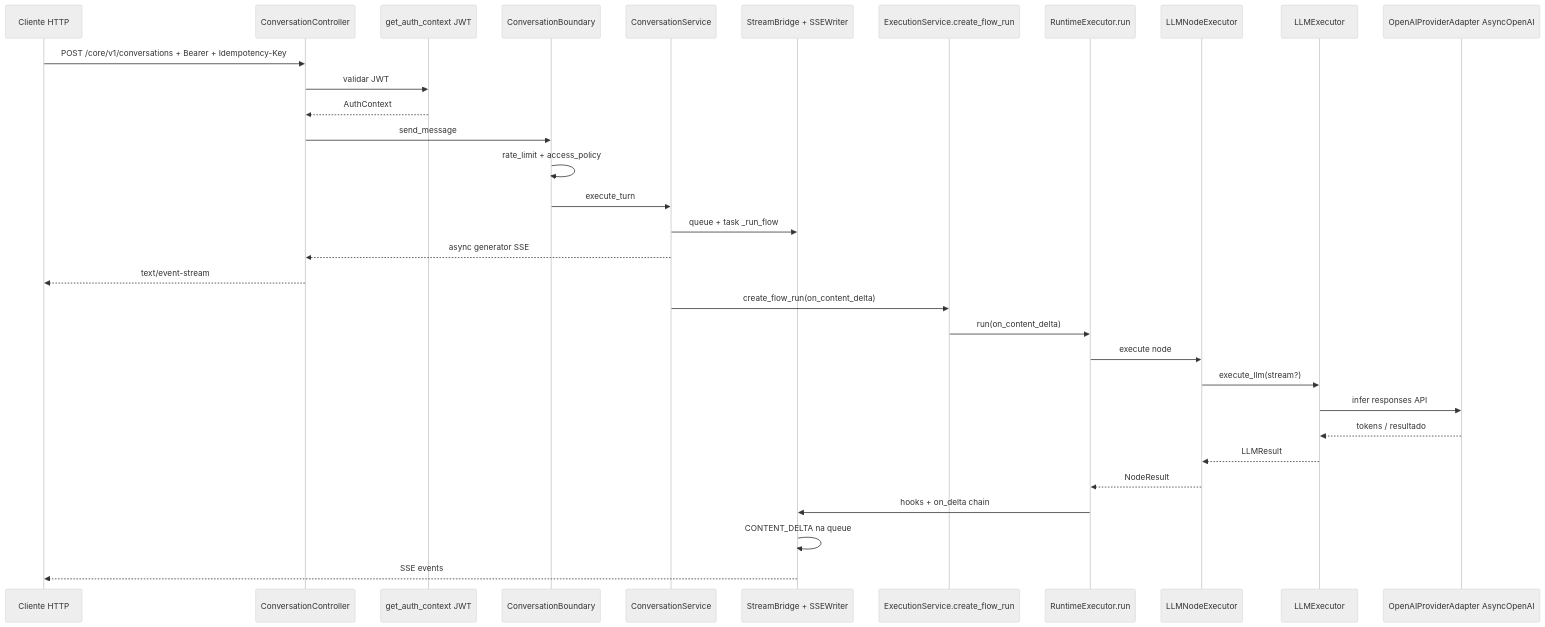
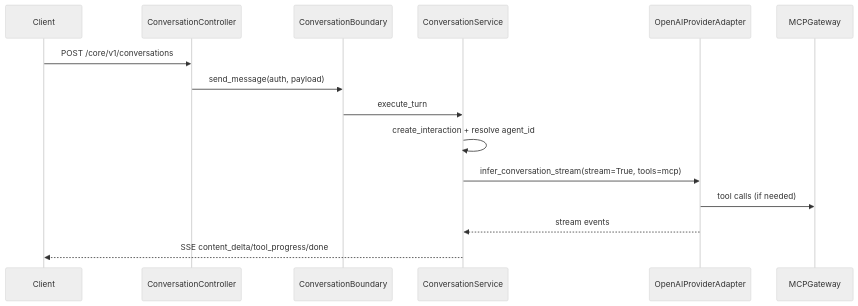
Before and after one commit to marcosvs98/agent-orchestration-core: the diagram in docs/evolution/as-is.md, drawn with Mermaid (neutral theme). The commit also changed other lines of this file and 35 other files, not shown here.

````diff
--- a/docs/evolution/as-is.md
+++ b/docs/evolution/as-is.md
@@ -118,36 +70,18 @@
 ```mermaid
 sequenceDiagram
-  participant C as Cliente HTTP
+  participant C as Client
   participant CC as ConversationController
-  participant Auth as get_auth_context JWT
   participant CB as ConversationBoundary
   participant CS as ConversationService
-  participant SB as StreamBridge + SSEWriter
-  participant ES as ExecutionService.create_flow_run
-  participant RT as RuntimeExecutor.run
-  participant LLM as LLMNodeExecutor
-  participant LEX as LLMExecutor
-  participant OAI as OpenAIProviderAdapter AsyncOpenAI
+  participant OAI as OpenAIProviderAdapter
+  participant MCP as MCPGateway
 
-  C->>CC: POST /core/v1/conversations + Bearer + Idempotency-Key
-  CC->>Auth: validar JWT
-  Auth-->>CC: AuthContext
-  CC->>CB: send_message
-  CB->>CB: rate_limit + access_policy
+  C->>CC: POST /core/v1/conversations
+  CC->>CB: send_message(auth, payload)
   CB->>CS: execute_turn
-  CS->>SB: queue + task _run_flow
-  CS-->>CC: async generator SSE
-  CC-->>C: text/event-stream
-
-  CS->>ES: create_flow_run(on_content_delta)
-  ES->>RT: run(on_content_delta)
-  RT->>LLM: execute node
-  LLM->>LEX: execute_llm(stream?)
-  LEX->>OAI: infer responses API
-  OAI-->>LEX: tokens / resultado
-  LEX-->>LLM: LLMResult
-  LLM-->>RT: NodeResult
-  RT->>SB: hooks + on_delta chain
-  SB->>SB: CONTENT_DELTA na queue
-  SB-->>C: SSE events
+  CS->>CS: create_interaction + resolve agent_id
+  CS->>OAI: infer_conversation_stream(stream=True, tools=mcp)
+  OAI->>MCP: tool calls (if needed)
+  OAI-->>CS: stream events
+  CS-->>C: SSE content_delta/tool_progress/done
 ```
````
